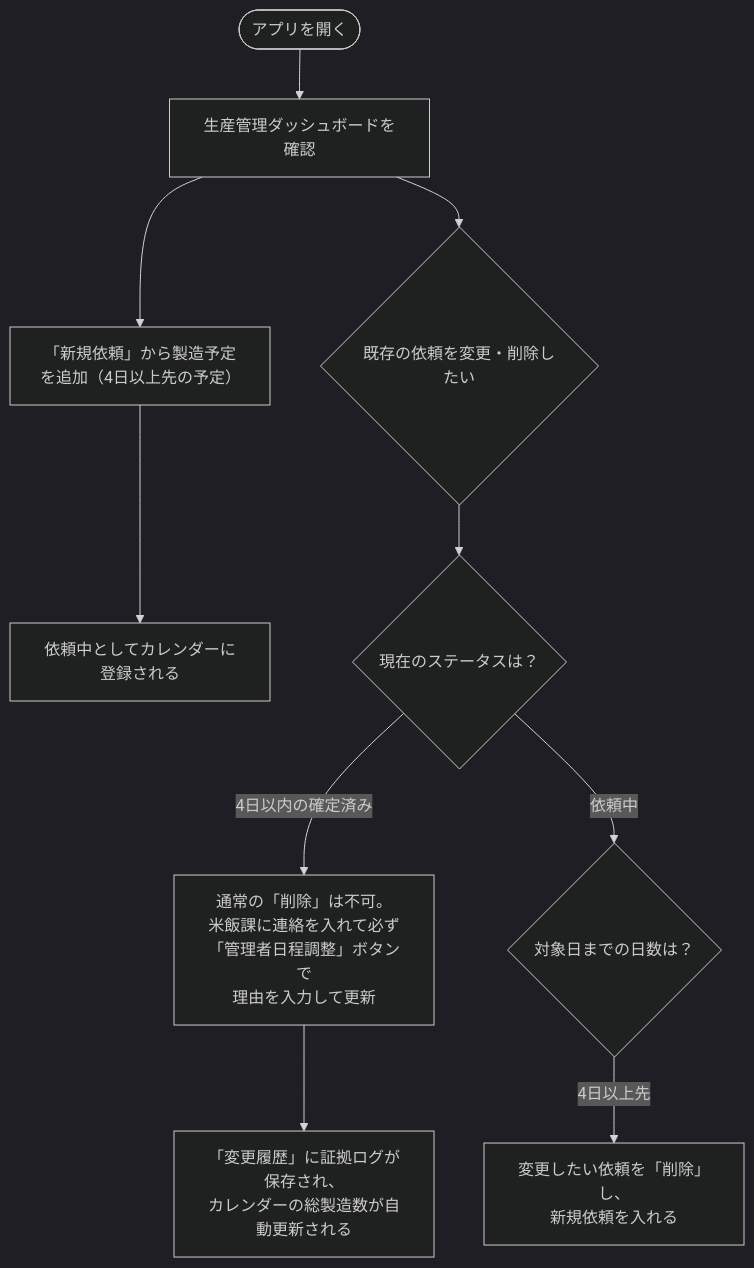
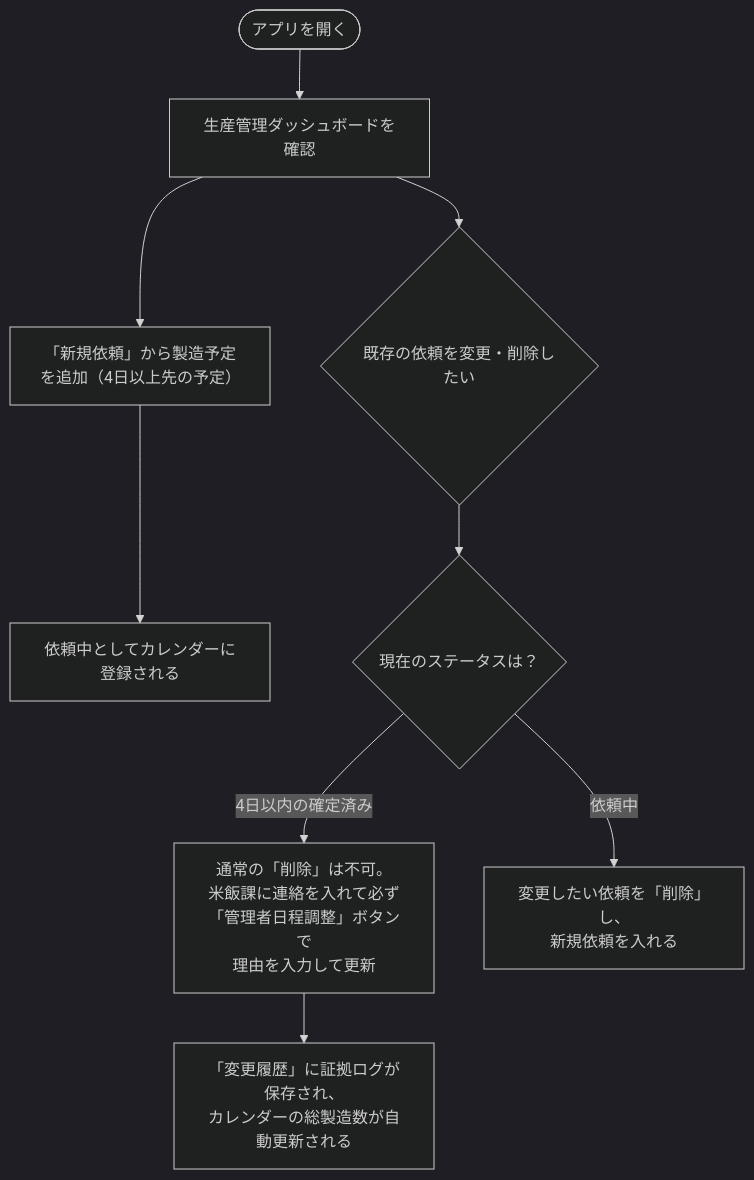
Before and after one commit to mihiro10/beihanka_irai_docs: the third of 4 diagrams in appsheet_architecture/01_system_architecture.md, drawn with Mermaid (dark theme).

Commit message:
docs: simplify prod mgmt flow by removing redundant day-check node

````diff
--- a/appsheet_architecture/01_system_architecture.md
+++ b/appsheet_architecture/01_system_architecture.md
@@ -72,12 +72,11 @@
 ```mermaid
 flowchart TB
     Start(["アプリを開く"]) --> Dash["生産管理ダッシュボードを確認"]
     Dash --> Create["「新規依頼」から製造予定を追加（4日以上先の予定）"]
     Dash --> Modify{"既存の依頼を変更・削除したい"}
     Create --> Draft["依頼中としてカレンダーに登録される"]
     Modify --> CheckStatus{"現在のステータスは？"}
     CheckStatus -- 4日以内の確定済み --> Admin["通常の「削除」は不可。<br>米飯課に連絡を入れて必ず<br>「管理者日程調整」ボタンで<br>理由を入力して更新"]
-    CheckStatus -- 依頼中 --> CheckDays{"対象日までの日数は？"}
-    CheckDays -- 4日以上先 --> Free["変更したい依頼を「削除」し、<br>新規依頼を入れる"]
+    CheckStatus -- 依頼中 --> Free["変更したい依頼を「削除」し、<br>新規依頼を入れる"]
     Admin --> Log["「変更履歴」に証拠ログが保存され、<br>カレンダーの総製造数が自動更新される"]
 ```
````
